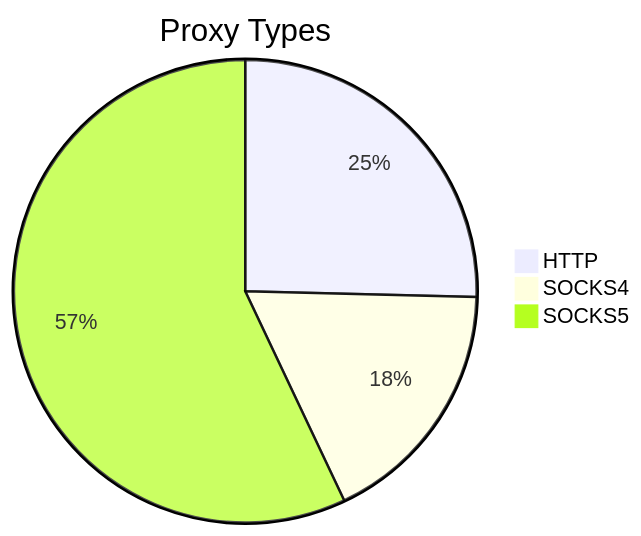
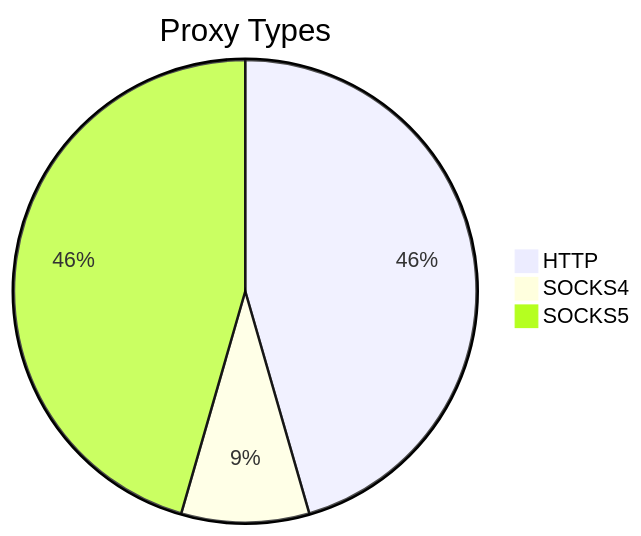
One commit to stormsia/proxy-list changed the first of 2 diagrams in README.md. Above: the diagram before and after it, drawn with Mermaid. The commit also changed other lines of this file, not shown here.

````diff
--- a/README.md
+++ b/README.md
@@ -21,6 +21,6 @@
 ```mermaid
 pie title Proxy Types
-    "HTTP" : 65
-    "SOCKS4" : 45
-    "SOCKS5" : 146
+    "HTTP" : 51
+    "SOCKS4" : 10
+    "SOCKS5" : 51
 ```
````
